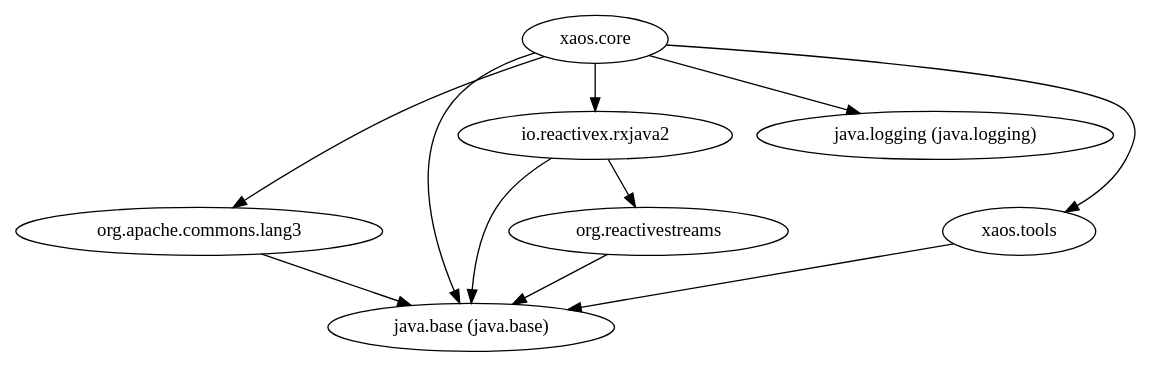
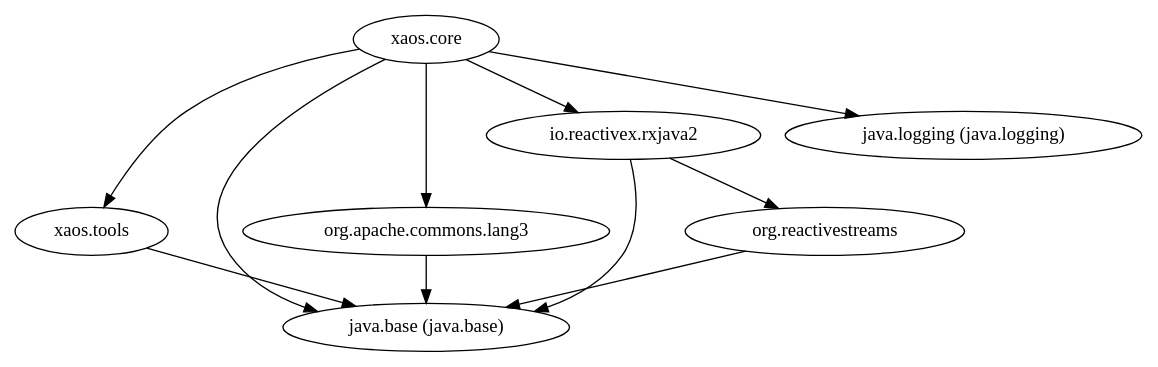
The diagram in xaos.core.module/doc/module-dependencies.dot (ESSICS/XAOS), drawn with Graphviz before and after one commit. The commit also changed other lines of this file and 54 other files, not shown here.

```diff
--- a/xaos.core.module/doc/module-dependencies.dot
+++ b/xaos.core.module/doc/module-dependencies.dot
@@ -1,12 +1,12 @@
 digraph "summary" {
+  "xaos.tools"                                       -> "java.base (java.base)";
   "org.apache.commons.lang3"                         -> "java.base (java.base)";
   "io.reactivex.rxjava2"                             -> "java.base (java.base)";
   "io.reactivex.rxjava2"                             -> "org.reactivestreams";
+  "org.reactivestreams"                              -> "java.base (java.base)";
   "xaos.core"                                        -> "io.reactivex.rxjava2";
   "xaos.core"                                        -> "java.base (java.base)";
   "xaos.core"                                        -> "java.logging (java.logging)";
   "xaos.core"                                        -> "org.apache.commons.lang3";
   "xaos.core"                                        -> "xaos.tools";
-  "xaos.tools"                                       -> "java.base (java.base)";
-  "org.reactivestreams"                              -> "java.base (java.base)";
 }
```
